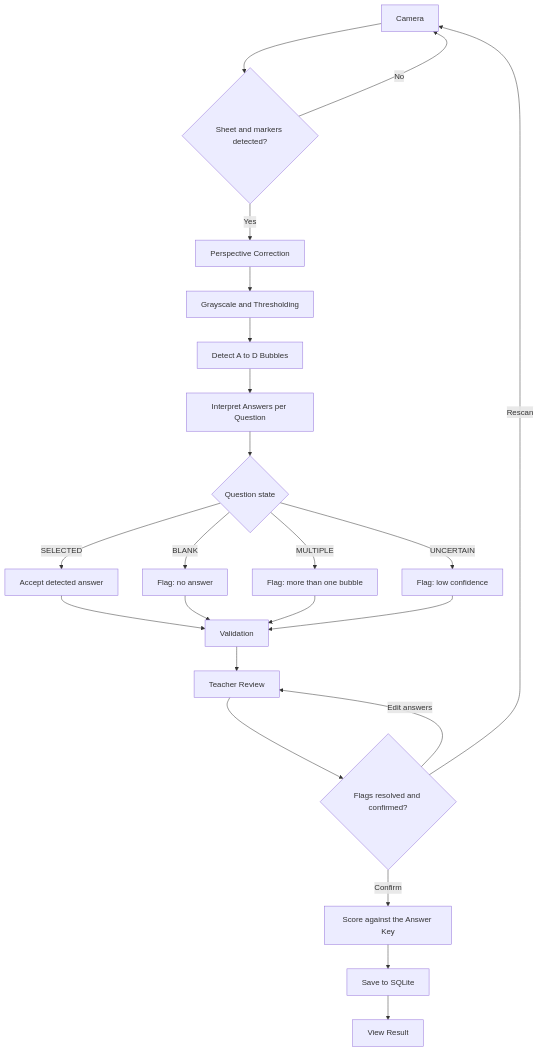
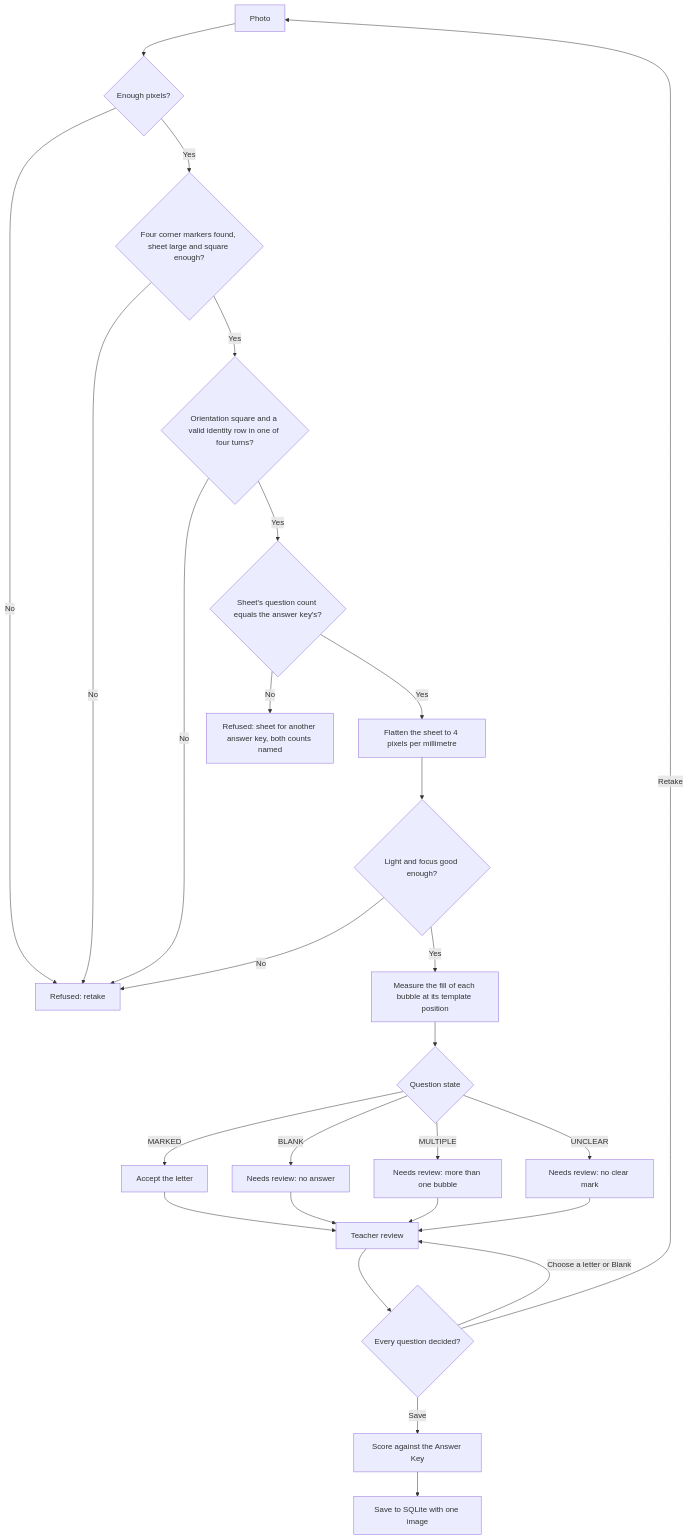
Diagram 11 of 13 in docs/diagrams.md (nicolaseugenio2022-cyber/answer-checker), drawn with Mermaid before and after one commit. The commit also changed other lines of this file and 5 other files, not shown here.

Commit message:
docs: synchronize documentation with schema version 6 and Scan

````diff
--- a/docs/diagrams.md
+++ b/docs/diagrams.md
@@ -301,25 +367,29 @@
 ```mermaid
 flowchart TD
-    B["Camera"] --> C{"Sheet and markers detected?"}
-    C -- No --> B
-    C -- Yes --> D["Perspective Correction"]
-    D --> E["Grayscale and Thresholding"]
-    E --> F["Detect A to D Bubbles"]
-    F --> G["Interpret Answers per Question"]
-    G --> H{"Question state"}
-    H -- SELECTED --> I["Accept detected answer"]
-    H -- BLANK --> J["Flag: no answer"]
-    H -- MULTIPLE --> K["Flag: more than one bubble"]
-    H -- UNCERTAIN --> L["Flag: low confidence"]
-    I --> M["Validation"]
-    J --> M
-    K --> M
-    L --> M
-    M --> N["Teacher Review"]
-    N --> O{"Flags resolved and confirmed?"}
-    O -- "Edit answers" --> N
-    O -- Rescan --> B
-    O -- Confirm --> P["Score against the Answer Key"]
-    P --> Q["Save to SQLite"]
-    Q --> R["View Result"]
+    B["Photo"] --> S{"Enough pixels?"}
+    S -- No --> X["Refused: retake"]
+    S -- Yes --> C{"Four corner markers found, sheet large and square enough?"}
+    C -- No --> X
+    C -- Yes --> O{"Orientation square and a valid identity row in one of four turns?"}
+    O -- No --> X
+    O -- Yes --> W{"Sheet's question count equals the answer key's?"}
+    W -- No --> X2["Refused: sheet for another answer key, both counts named"]
+    W -- Yes --> D["Flatten the sheet to 4 pixels per millimetre"]
+    D --> L{"Light and focus good enough?"}
+    L -- No --> X
+    L -- Yes --> F["Measure the fill of each bubble at its template position"]
+    F --> H{"Question state"}
+    H -- MARKED --> I["Accept the letter"]
+    H -- BLANK --> J["Needs review: no answer"]
+    H -- MULTIPLE --> K["Needs review: more than one bubble"]
+    H -- UNCLEAR --> U["Needs review: no clear mark"]
+    I --> N["Teacher review"]
+    J --> N
+    K --> N
+    U --> N
+    N --> Q{"Every question decided?"}
+    Q -- "Choose a letter or Blank" --> N
+    Q -- Retake --> B
+    Q -- Save --> P["Score against the Answer Key"]
+    P --> R["Save to SQLite with one image"]
 ```
````
